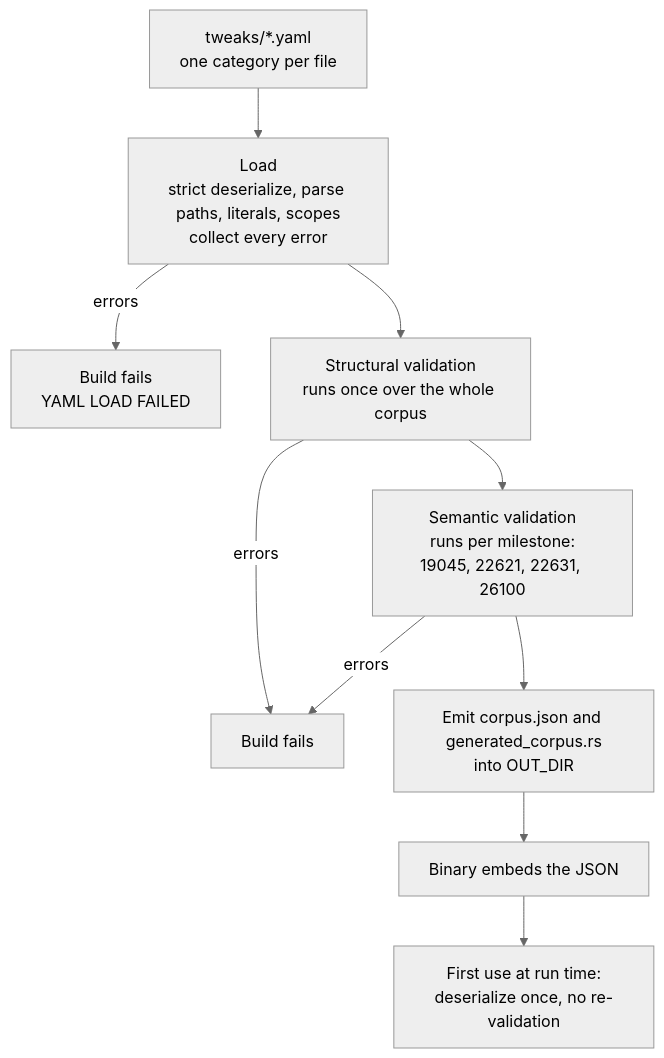
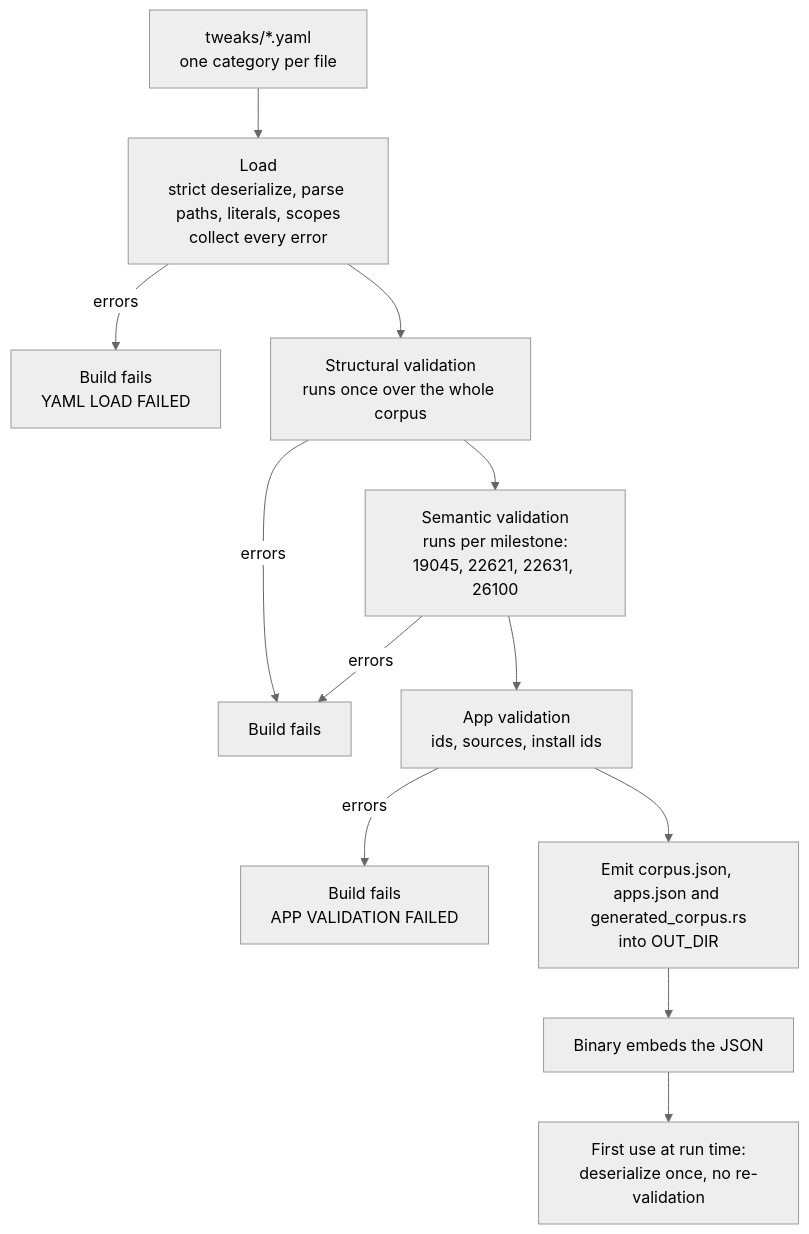
One commit to ehsan18t/magicx-toolbox-gui changed the second of 3 diagrams in docs/architecture/tweak/corpus-and-build.md. Above: the diagram before and after it, drawn with Mermaid (neutral theme). The commit also changed other lines of this file and 60 other files, not shown here.

First line of the commit message:
feat: add app items for removing and reinstalling preinstalled apps (#33)

````diff
--- a/docs/architecture/tweak/corpus-and-build.md
+++ b/docs/architecture/tweak/corpus-and-build.md
@@ -82,12 +82,14 @@
 ```mermaid
 flowchart TD
   A["tweaks/*.yaml<br/>one category per file"] --> B["Load<br/>strict deserialize, parse paths, literals, scopes<br/>collect every error"]
   B -->|errors| X["Build fails<br/>YAML LOAD FAILED"]
   B --> C["Structural validation<br/>runs once over the whole corpus"]
   C -->|errors| Y["Build fails"]
   C --> D["Semantic validation<br/>runs per milestone:<br/>19045, 22621, 22631, 26100"]
   D -->|errors| Y
-  D --> E["Emit corpus.json and generated_corpus.rs<br/>into OUT_DIR"]
+  D --> AV["App validation<br/>ids, sources, install ids"]
+  AV -->|errors| Z["Build fails<br/>APP VALIDATION FAILED"]
+  AV --> E["Emit corpus.json, apps.json and generated_corpus.rs<br/>into OUT_DIR"]
   E --> F["Binary embeds the JSON"]
   F --> G["First use at run time:<br/>deserialize once, no re-validation"]
 ```
````
